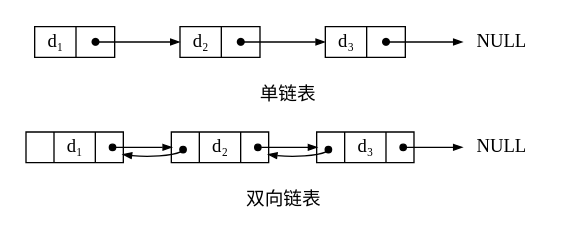
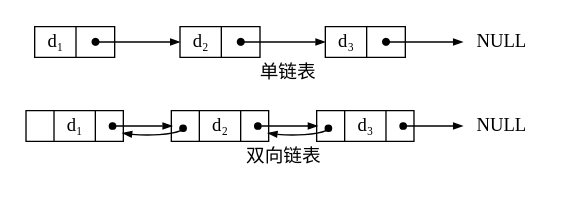
Before and after one commit to Trezedo/trezedo.github.io: the second of 7 diagrams in docs/notes/data-structure/linear-list/singly-linked-list.md, drawn with Graphviz. The commit also changed other lines of this file and 15 other files, not shown here.

````diff
--- a/docs/notes/data-structure/linear-list/singly-linked-list.md
+++ b/docs/notes/data-structure/linear-list/singly-linked-list.md
@@ -104,54 +104,52 @@
 ```dot
 digraph "链表示意图" {
     rankdir = "LR";
 
     margin = 0;
 
     subgraph cluster_doubly {
-        label="\n双向链表"
+        label="双向链表"
         labelloc="b"
         peripheries = 0;
         node [shape = record; height = 0.3;];
 
         // ₀₁₂₃₄₅₆₇₈₉₊₋₌₍₎ₐₑₒₓₔ ₕ ₖ ₗ ₘ ₙ ₚ ₛ ₜ ⁰¹²³⁴⁵⁶⁷⁸⁹⁺⁻⁼⁽⁾ⁿº˙
         d1 [label = "{<prev> | <data> d₁| <next>}";];
         d2 [label = "{<prev> | <data> d₂ | <next>}";];
         d3 [label = "{<prev> | <data> d₃ | <next>}";];
 
         null2 [label = "NULL";shape=plaintext];
 
         edge [tailclip = false;arrowtail=dot;dir=both arrowsize = 0.6;];
 
         d1:next:c -> d2:prev:c;
         d2:next:c -> d3:prev:c;
         d3:next:c -> null2;
 
         // 多画一条看不见的线
         d2:prev:c -> d1:next:c;
         d2:prev:c -> d1:next [style=invis];
 
         // d3:prev:c -> d2:next:se;
         d3:prev:c -> d2:next:c;
         d3:prev:c -> d2:next [style=invis];
     }
 
     subgraph cluster_singly {
-        label="\n单链表\n\n"
+        label="单链表\n\n"
         labelloc="b"
         peripheries = 0;
         node [shape = record; height = 0.3;];
-
-        // ₀₁₂₃₄₅₆₇₈₉₊₋₌₍₎ₐₑₒₓₔ ₕ ₖ ₗ ₘ ₙ ₚ ₛ ₜ ⁰¹²³⁴⁵⁶⁷⁸⁹⁺⁻⁼⁽⁾ⁿº˙
         node1 [label = "{<data> d₁| <next> &#9679;}";];
         node2 [label = "{<data> d₂ | <next> &#9679;}";];
         node3 [label = "{<data> d₃ | <next> &#9679;}";];
 
         null1 [label = "NULL";shape=plaintext];
 
         edge [tailclip = false; arrowsize = 0.6;];
         node1:next:c -> node2:data;
         node2:next:c -> node3:data;
         node3:next:c-> null1;
     }
 }
 ```
````
